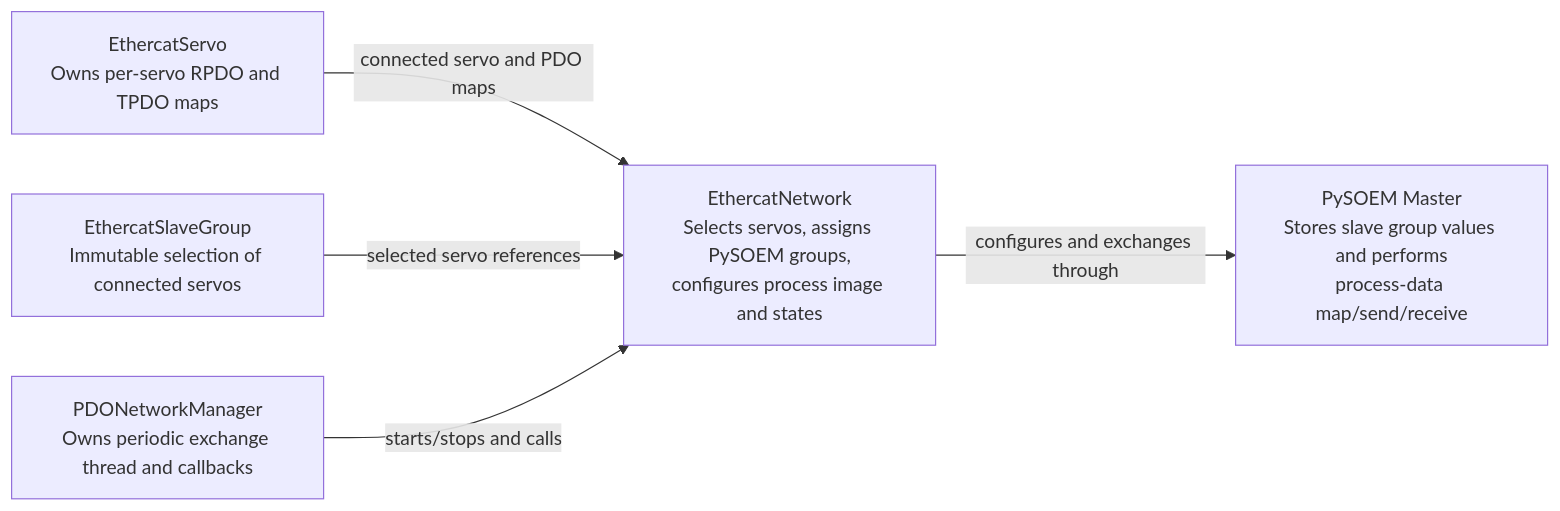
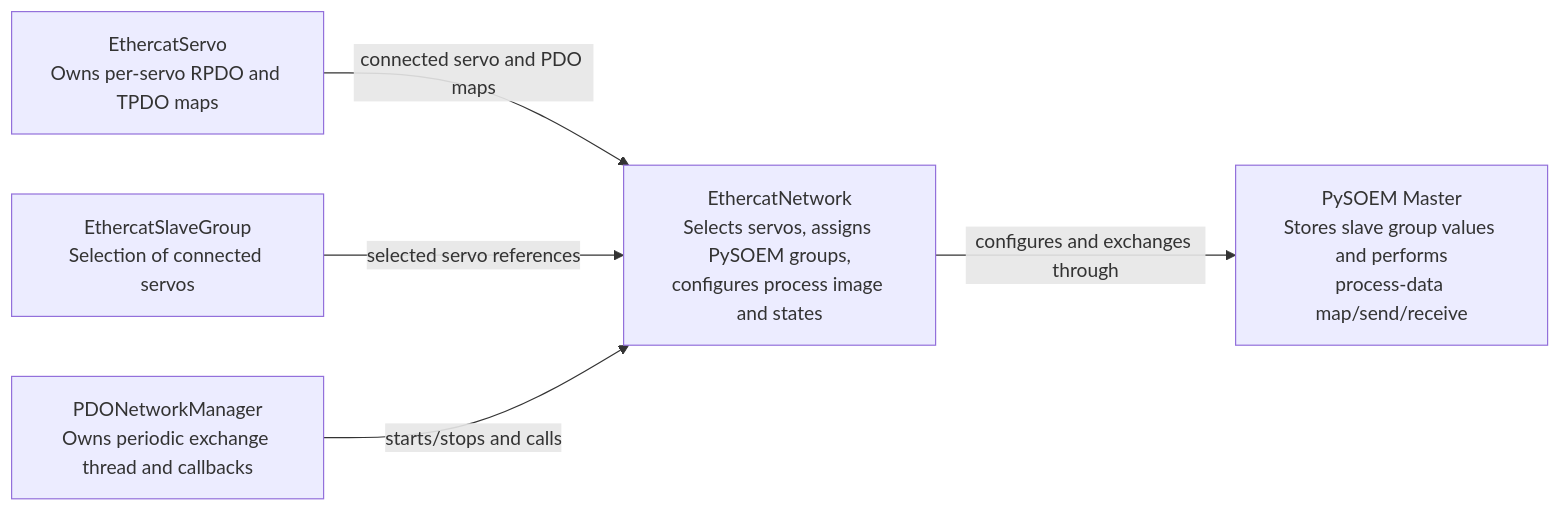
Before and after one commit to ingeniamc/ingenialink-python: the first of 2 diagrams in tech_docs/ethercat-pdo-groups-and-lifecycle.md, drawn with Mermaid. The commit also changed other lines of this file, not shown here.

````diff
--- a/tech_docs/ethercat-pdo-groups-and-lifecycle.md
+++ b/tech_docs/ethercat-pdo-groups-and-lifecycle.md
@@ -30,13 +30,13 @@
 ```mermaid
 flowchart LR
   Servo["EthercatServo<br/>Owns per-servo RPDO and TPDO maps"]
-  Group["EthercatSlaveGroup<br/>Immutable selection of connected servos"]
+  Group["EthercatSlaveGroup<br/>Selection of connected servos"]
   Network["EthercatNetwork<br/>Selects servos, assigns PySOEM groups,<br/>configures process image and states"]
   Manager["PDONetworkManager<br/>Owns periodic exchange thread and callbacks"]
   Master["PySOEM Master<br/>Stores slave group values and performs<br/>process-data map/send/receive"]
 
   Servo -->|connected servo and PDO maps| Network
   Group -->|selected servo references| Network
   Manager -->|starts/stops and calls| Network
   Network -->|configures and exchanges through| Master
 ```
````
